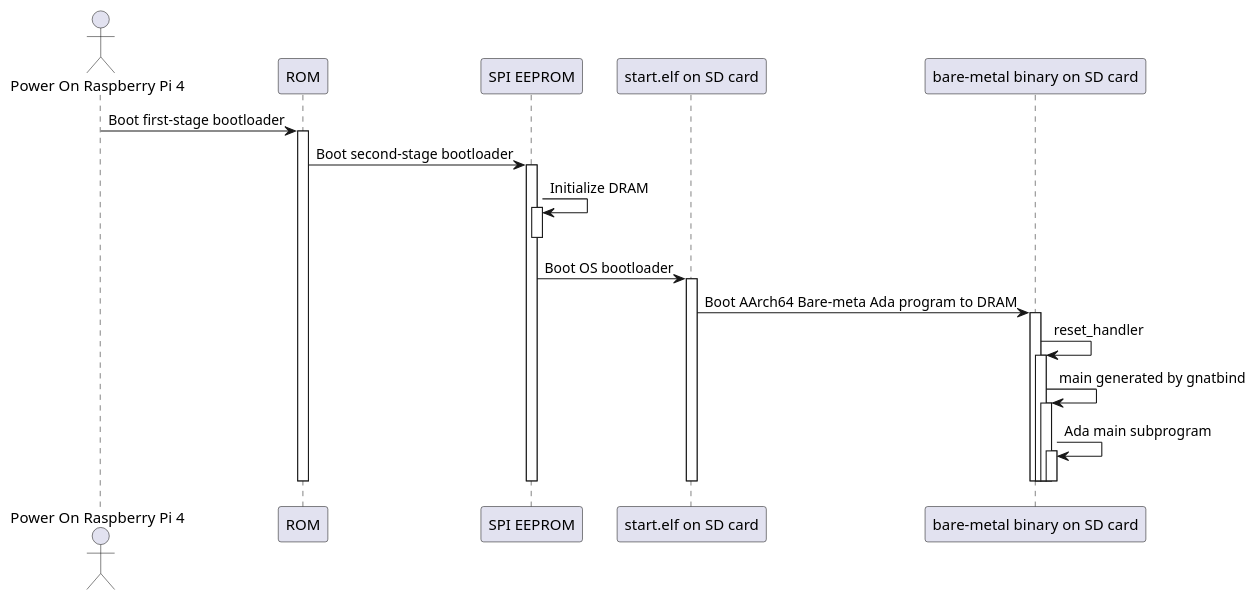
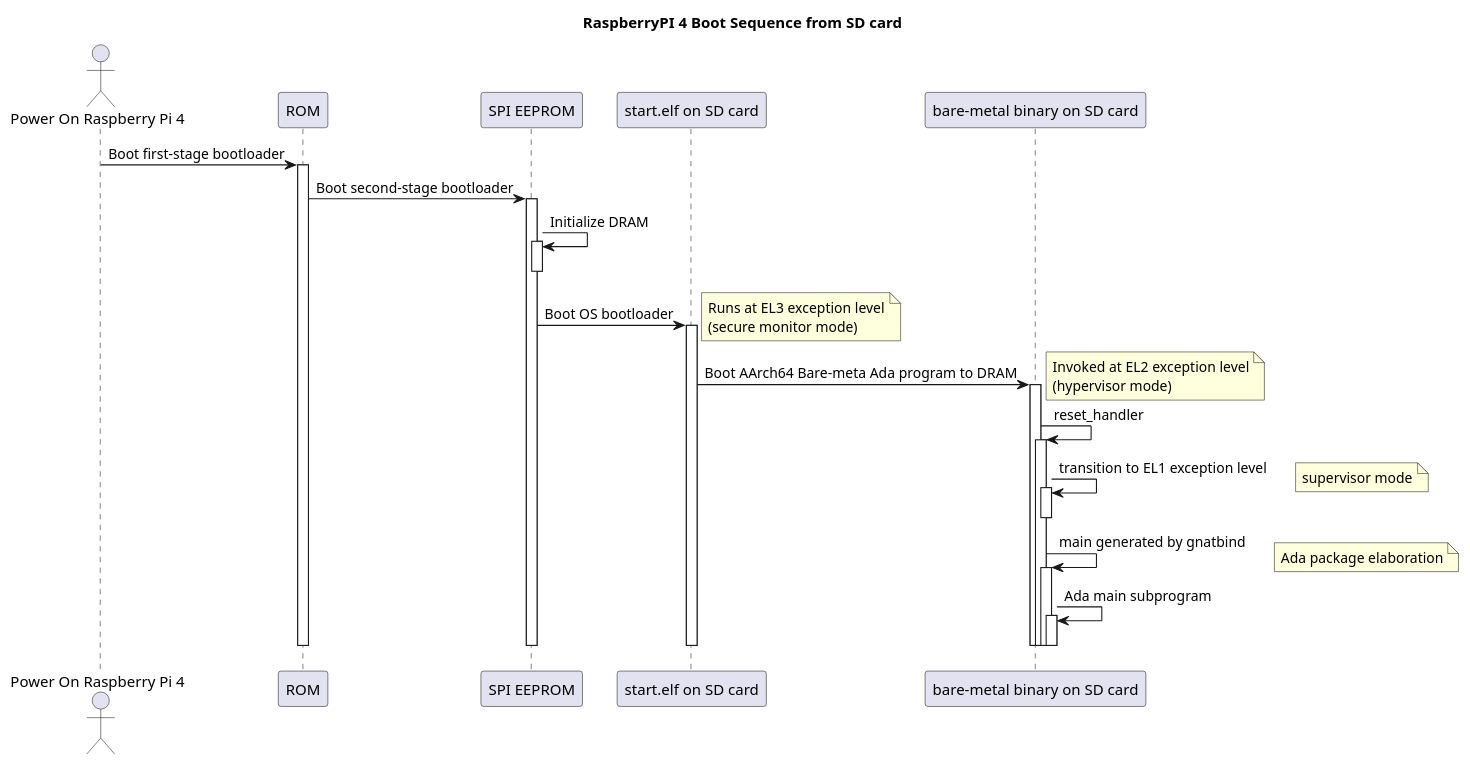
One commit to jgrivera67/aarch64_bare_metal_ada changed the second of 5 diagrams in docs/uml_diagrams.puml. Above: the diagram before and after it, drawn with PlantUML. The commit also changed other lines of this file and 17 other files, not shown here.

```diff
--- a/docs/uml_diagrams.puml
+++ b/docs/uml_diagrams.puml
@@ -67,28 +67,45 @@
 @startuml raspberrypi4_boot_sequence
-'title RaspberryPI 4 Boot Sequence
+title RaspberryPI 4 Boot Sequence from SD card
 actor "Power On Raspberry Pi 4"
 "Power On Raspberry Pi 4" -> "ROM" : Boot first-stage bootloader
 activate "ROM"
    "ROM" -> "SPI EEPROM" : Boot second-stage bootloader
    activate "SPI EEPROM"
       "SPI EEPROM" -> "SPI EEPROM" : Initialize DRAM
       activate "SPI EEPROM"
       deactivate "SPI EEPROM"
       "SPI EEPROM" -> "start.elf on SD card" : Boot OS bootloader
+      note right
+         Runs at EL3 exception level
+         (secure monitor mode)
+      end note
       activate "start.elf on SD card"
          "start.elf on SD card" -> "bare-metal binary on SD card" : Boot AArch64 Bare-meta Ada program to DRAM
          activate "bare-metal binary on SD card"
+         note right
+            Invoked at EL2 exception level
+            (hypervisor mode)
+         end note
             "bare-metal binary on SD card" -> "bare-metal binary on SD card" : reset_handler
             activate "bare-metal binary on SD card"
+               "bare-metal binary on SD card" -> "bare-metal binary on SD card" : transition to EL1 exception level
+               note right
+               supervisor mode
+               end note
+               activate "bare-metal binary on SD card"
+               deactivate "bare-metal binary on SD card"
                "bare-metal binary on SD card" -> "bare-metal binary on SD card" : main generated by gnatbind
+               note right
+                  Ada package elaboration
+               end note
                activate "bare-metal binary on SD card"
                   "bare-metal binary on SD card" -> "bare-metal binary on SD card" : Ada main subprogram
                   activate "bare-metal binary on SD card"
                   deactivate "bare-metal binary on SD card"
                deactivate "bare-metal binary on SD card"
             deactivate "bare-metal binary on SD card"
          deactivate "bare-metal binary on SD card"
       deactivate "start.elf on SD card"
    deactivate "SPI EEPROM"
 deactivate "ROM"
 @enduml
```
